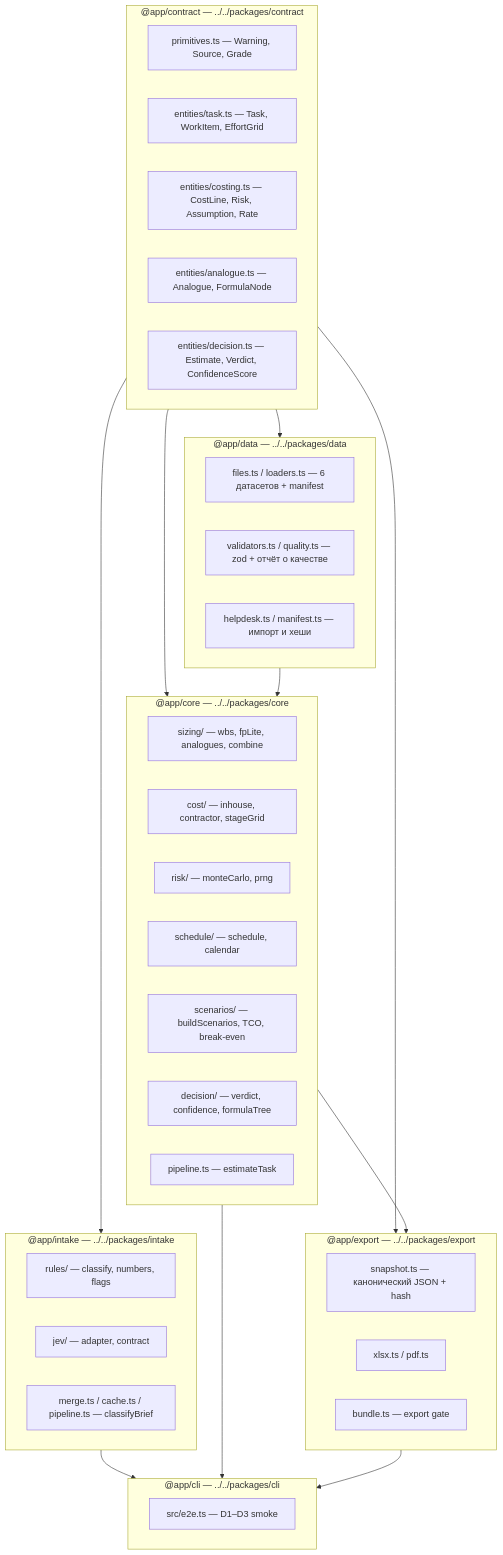
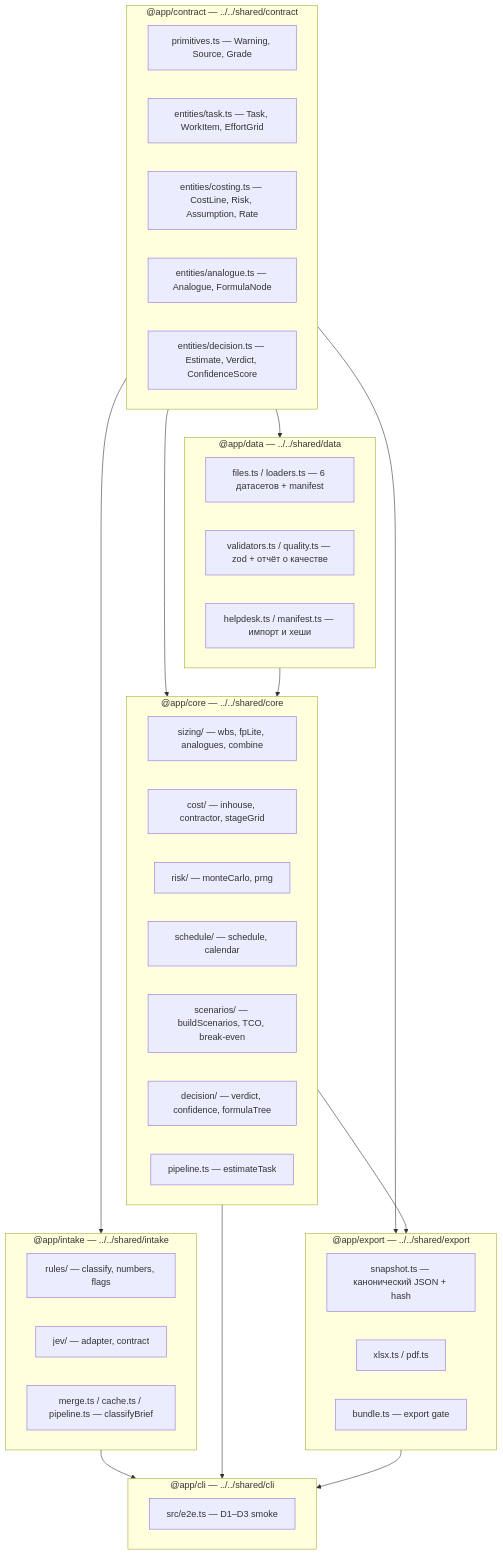
The first of 3 diagrams in docs/deliverables/ARCHITECTURE.md (k0luchiy/tmk-decision-studio), drawn with Mermaid before and after one commit. The commit also changed other lines of this file and 176 other files, not shown here.

Commit message:
refactor: rename apps/packages to frontend/backend/shared

````diff
--- a/docs/deliverables/ARCHITECTURE.md
+++ b/docs/deliverables/ARCHITECTURE.md
@@ -9,52 +9,52 @@
 ```mermaid
 graph TD
-  subgraph Contract["@app/contract — ../../packages/contract"]
+  subgraph Contract["@app/contract — ../../shared/contract"]
     C1["primitives.ts — Warning, Source, Grade"]
     C2["entities/task.ts — Task, WorkItem, EffortGrid"]
     C3["entities/costing.ts — CostLine, Risk, Assumption, Rate"]
     C4["entities/analogue.ts — Analogue, FormulaNode"]
     C5["entities/decision.ts — Estimate, Verdict, ConfidenceScore"]
   end
 
-  subgraph Data["@app/data — ../../packages/data"]
+  subgraph Data["@app/data — ../../shared/data"]
     D1["files.ts / loaders.ts — 6 датасетов + manifest"]
     D2["validators.ts / quality.ts — zod + отчёт о качестве"]
     D3["helpdesk.ts / manifest.ts — импорт и хеши"]
   end
 
-  subgraph Core["@app/core — ../../packages/core"]
+  subgraph Core["@app/core — ../../shared/core"]
     K1["sizing/ — wbs, fpLite, analogues, combine"]
     K2["cost/ — inhouse, contractor, stageGrid"]
     K3["risk/ — monteCarlo, prng"]
     K4["schedule/ — schedule, calendar"]
     K5["scenarios/ — buildScenarios, TCO, break-even"]
     K6["decision/ — verdict, confidence, formulaTree"]
     K7["pipeline.ts — estimateTask"]
   end
 
-  subgraph Intake["@app/intake — ../../packages/intake"]
+  subgraph Intake["@app/intake — ../../shared/intake"]
     I1["rules/ — classify, numbers, flags"]
     I2["jev/ — adapter, contract"]
     I3["merge.ts / cache.ts / pipeline.ts — classifyBrief"]
   end
 
-  subgraph Export["@app/export — ../../packages/export"]
+  subgraph Export["@app/export — ../../shared/export"]
     E1["snapshot.ts — канонический JSON + hash"]
     E2["xlsx.ts / pdf.ts"]
     E3["bundle.ts — export gate"]
   end
 
-  subgraph CLI["@app/cli — ../../packages/cli"]
+  subgraph CLI["@app/cli — ../../shared/cli"]
     L1["src/e2e.ts — D1–D3 smoke"]
   end
 
   Contract --> Data
   Contract --> Core
   Contract --> Intake
   Contract --> Export
   Data --> Core
   Core --> Export
   Intake --> CLI
   Core --> CLI
   Export --> CLI
 ```
````
